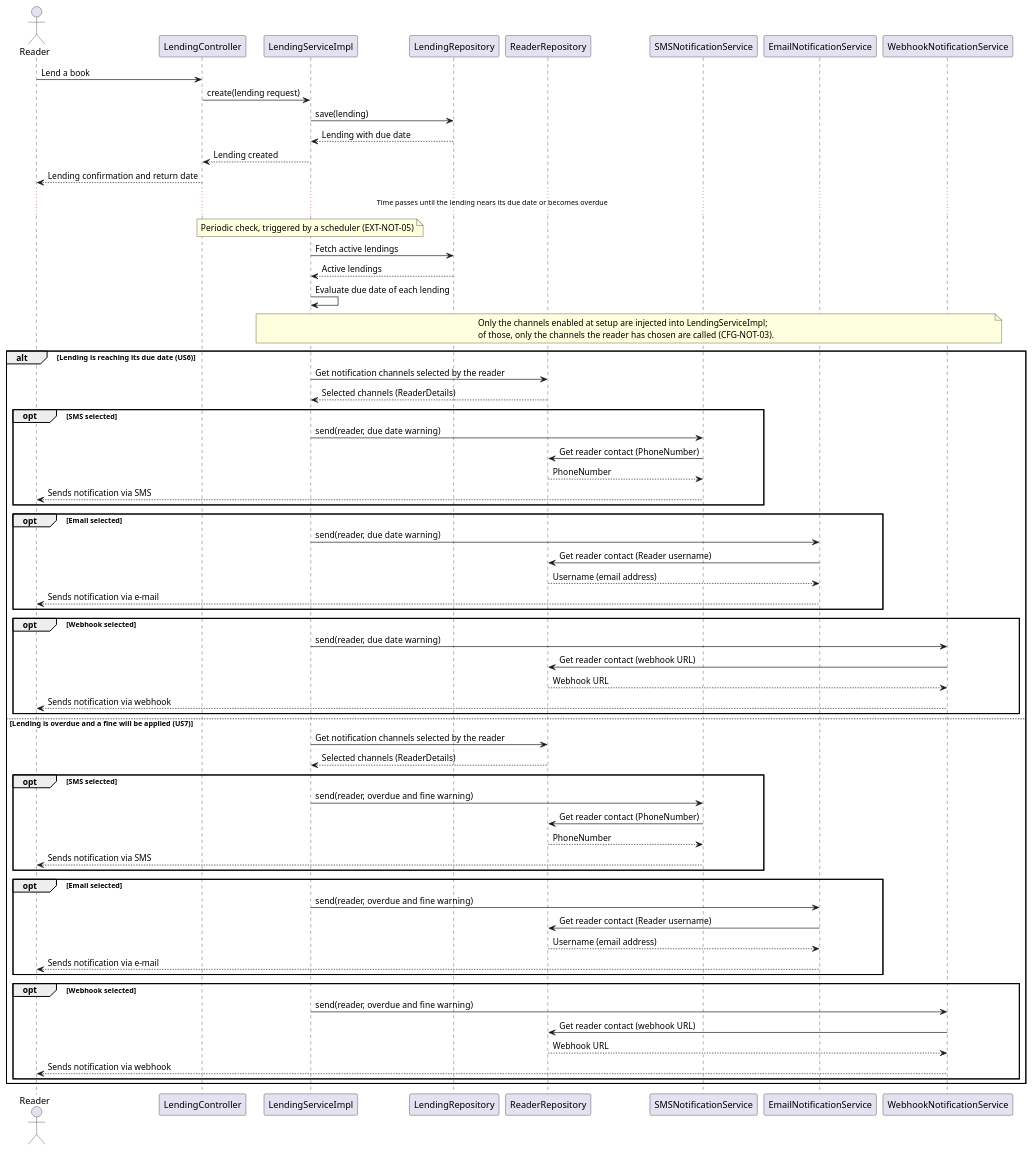
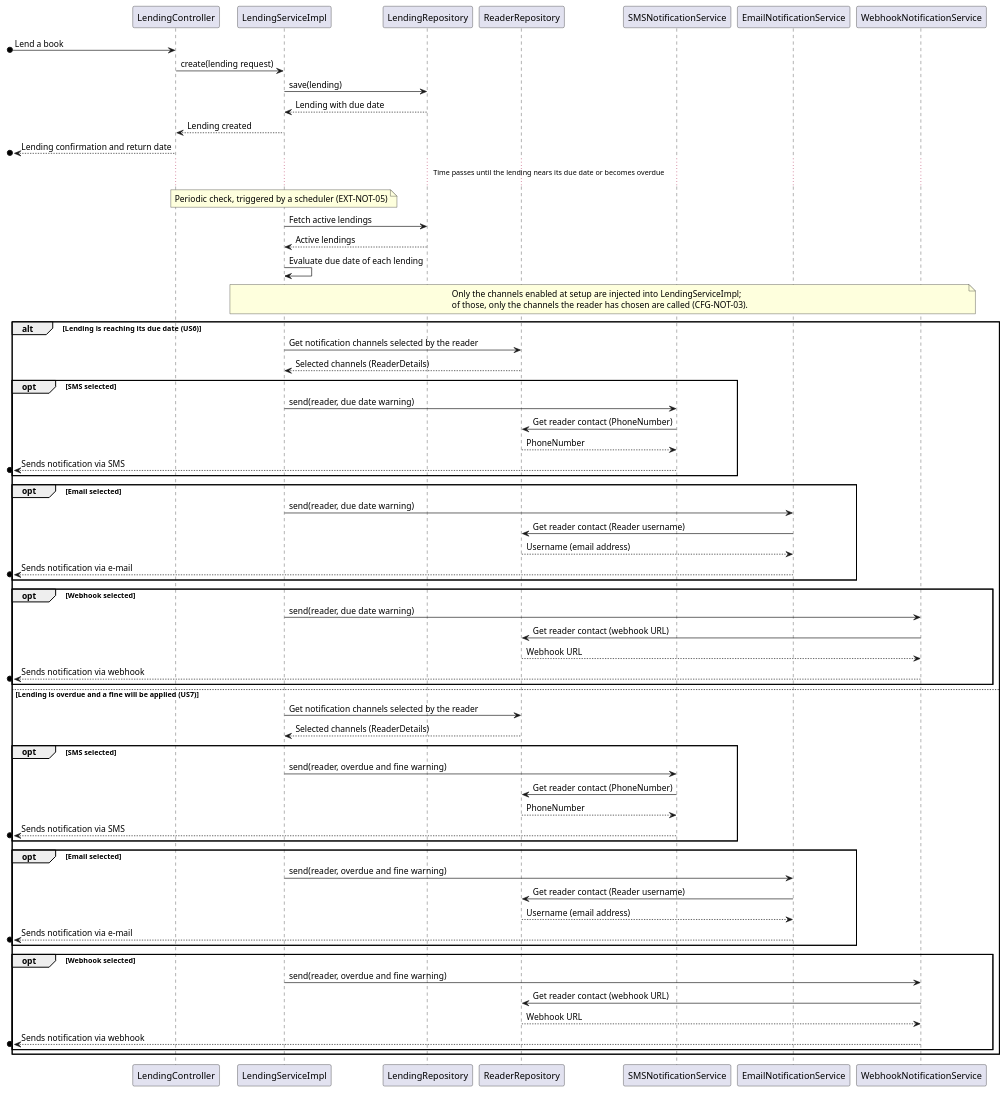
The diagram in Docs/DocsMasterDegree/system-to-be/Images/NotificationMethodsExtensibilitySequence.puml (Max1124/ARQSOFT_ODSOFT_G6), drawn with PlantUML before and after one commit. The commit also changed 4 other files, not shown here.

Commit message:
docs: changed NotificationMethodsExtensibilitySequence diagram to use a dot instead of the reader actor.

```diff
--- a/Docs/DocsMasterDegree/system-to-be/Images/NotificationMethodsExtensibilitySequence.puml
+++ b/Docs/DocsMasterDegree/system-to-be/Images/NotificationMethodsExtensibilitySequence.puml
@@ -1,73 +1,72 @@
 @startuml
-actor Reader
 participant "LendingController" as API
 participant "LendingServiceImpl" as Lending
 participant "LendingRepository" as LRepo
 participant "ReaderRepository" as RRepo
 participant "SMSNotificationService" as SMS
 participant "EmailNotificationService" as Email
 participant "WebhookNotificationService" as Webhook
 
-Reader -> API : Lend a book
+[o-> API : Lend a book
 API -> Lending : create(lending request)
 Lending -> LRepo : save(lending)
 LRepo --> Lending : Lending with due date
 Lending --> API : Lending created
-API --> Reader : Lending confirmation and return date
+[o<-- API : Lending confirmation and return date
 
 ... Time passes until the lending nears its due date or becomes overdue ...
 
 note over Lending : Periodic check, triggered by a scheduler (EXT-NOT-05)
 Lending -> LRepo : Fetch active lendings
 LRepo --> Lending : Active lendings
 Lending -> Lending : Evaluate due date of each lending
 
 note over Lending, Webhook
   Only the channels enabled at setup are injected into LendingServiceImpl;
   of those, only the channels the reader has chosen are called (CFG-NOT-03).
 end note
 
 alt Lending is reaching its due date (US6)
     Lending -> RRepo : Get notification channels selected by the reader
     RRepo --> Lending : Selected channels (ReaderDetails)
     opt SMS selected
         Lending -> SMS : send(reader, due date warning)
         SMS -> RRepo : Get reader contact (PhoneNumber)
         RRepo --> SMS : PhoneNumber
-        SMS --> Reader : Sends notification via SMS
+        [o<-- SMS : Sends notification via SMS
     end
     opt Email selected
         Lending -> Email : send(reader, due date warning)
         Email -> RRepo : Get reader contact (Reader username)
         RRepo --> Email : Username (email address)
-        Email --> Reader : Sends notification via e-mail
+        [o<-- Email : Sends notification via e-mail
     end
     opt Webhook selected
         Lending -> Webhook : send(reader, due date warning)
         Webhook -> RRepo : Get reader contact (webhook URL)
         RRepo --> Webhook : Webhook URL
-        Webhook --> Reader : Sends notification via webhook
+        [o<-- Webhook : Sends notification via webhook
     end
 else Lending is overdue and a fine will be applied (US7)
     Lending -> RRepo : Get notification channels selected by the reader
     RRepo --> Lending : Selected channels (ReaderDetails)
     opt SMS selected
         Lending -> SMS : send(reader, overdue and fine warning)
         SMS -> RRepo : Get reader contact (PhoneNumber)
         RRepo --> SMS : PhoneNumber
-        SMS --> Reader : Sends notification via SMS
+        [o<-- SMS : Sends notification via SMS
     end
     opt Email selected
         Lending -> Email : send(reader, overdue and fine warning)
         Email -> RRepo : Get reader contact (Reader username)
         RRepo --> Email : Username (email address)
-        Email --> Reader : Sends notification via e-mail
+        [o<-- Email : Sends notification via e-mail
     end
     opt Webhook selected
         Lending -> Webhook : send(reader, overdue and fine warning)
         Webhook -> RRepo : Get reader contact (webhook URL)
         RRepo --> Webhook : Webhook URL
-        Webhook --> Reader : Sends notification via webhook
+        [o<-- Webhook : Sends notification via webhook
     end
 end
 @enduml
```
